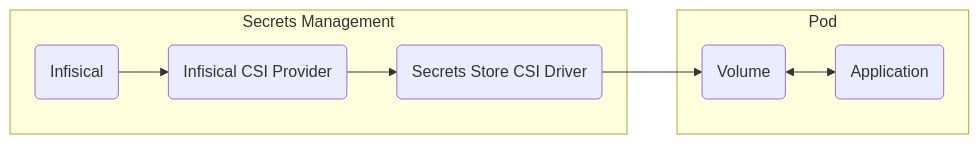
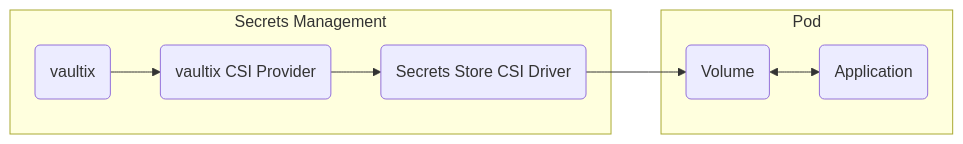
The diagram in core/docs/integrations/platforms/kubernetes-csi.mdx (shippinAI/vaultix), drawn with Mermaid before and after one commit. The commit also changed other lines of this file and 1202 other files, not shown here.

````diff
--- a/core/docs/integrations/platforms/kubernetes-csi.mdx
+++ b/core/docs/integrations/platforms/kubernetes-csi.mdx
@@ -16,13 +16,13 @@
 ```mermaid
 flowchart LR
     subgraph Secrets Management
-        SS(Infisical) --> CSP(Infisical CSI Provider)
+        SS(vaultix) --> CSP(vaultix CSI Provider)
         CSP --> CSD(Secrets Store CSI Driver)
     end
 
     subgraph Pod
         CSD --> V(Volume)
         V <--> P(Application)
     end
 
 ```
````
